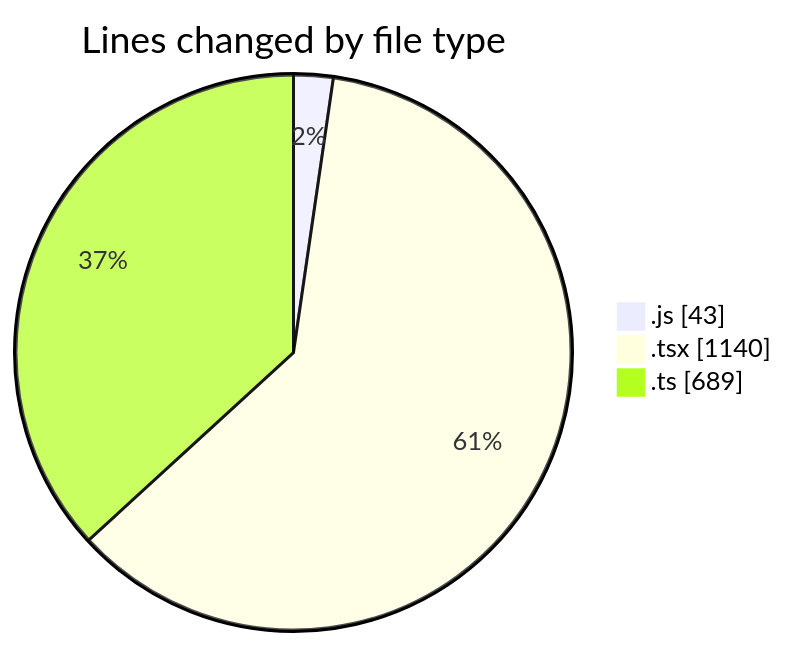
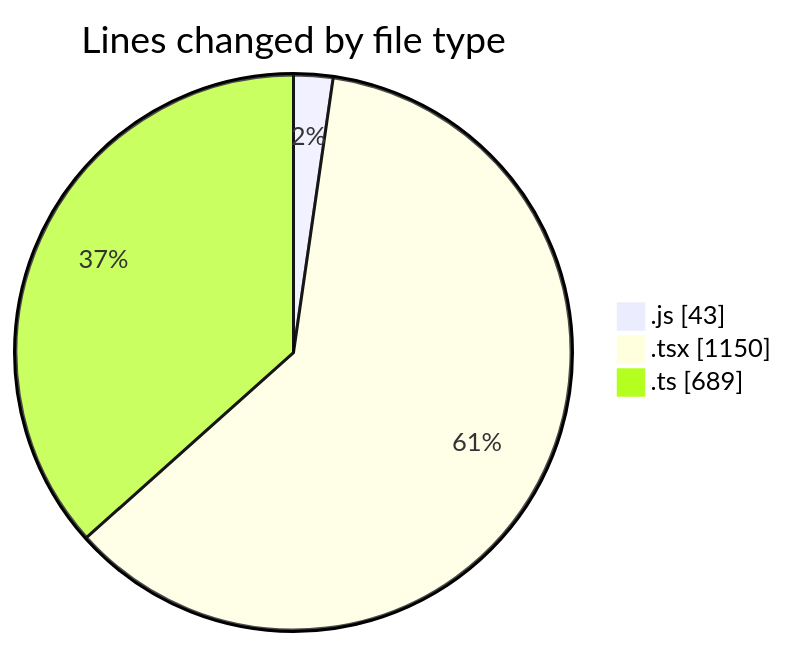
Before and after one commit to momahboobian/code-tracking: the first of 2 diagrams in 2026-03-09/cda/README.md, drawn with Mermaid. The commit also changed other lines of this file and 1 other file, not shown here.

````diff
--- a/2026-03-09/cda/README.md
+++ b/2026-03-09/cda/README.md
@@ -31,7 +31,7 @@
 ```mermaid
 pie showData
 title Lines changed by file type
 ".js" : 43
-".tsx" : 1140
+".tsx" : 1150
 ".ts" : 689
 ```
````
